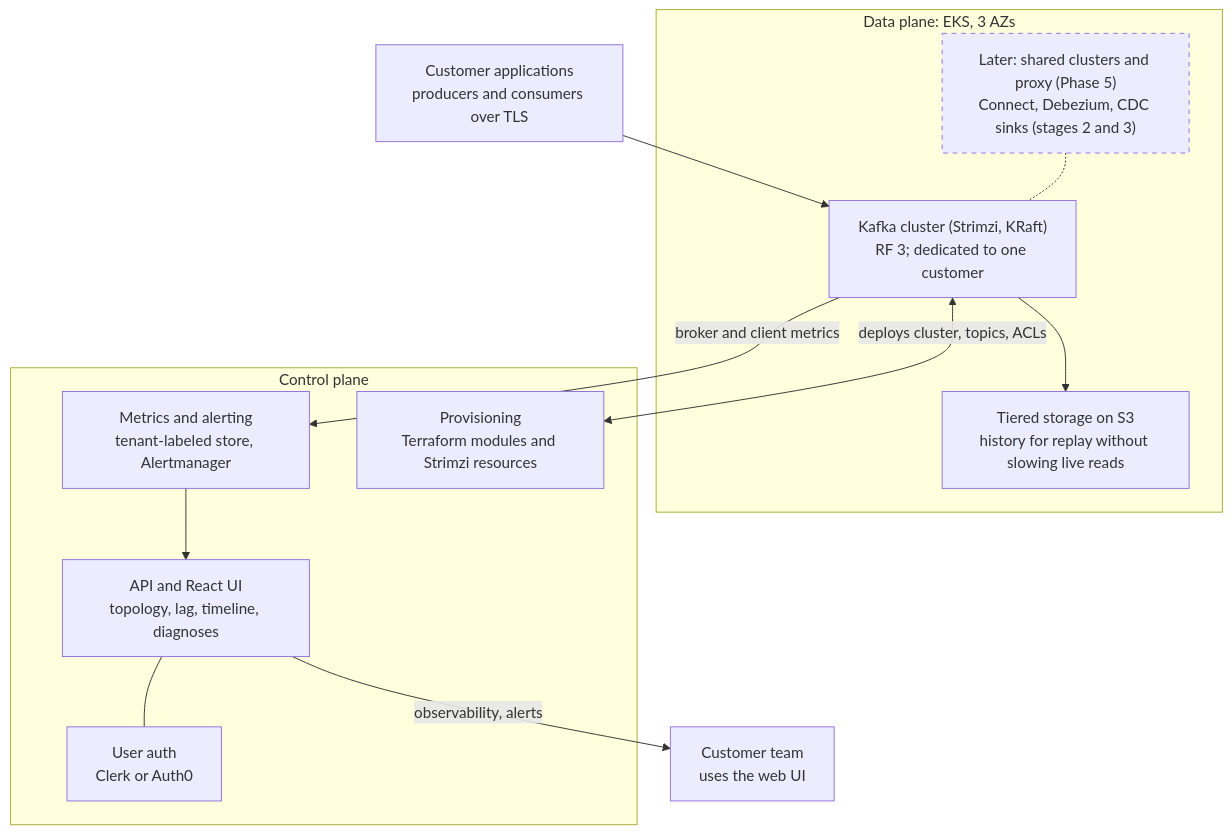
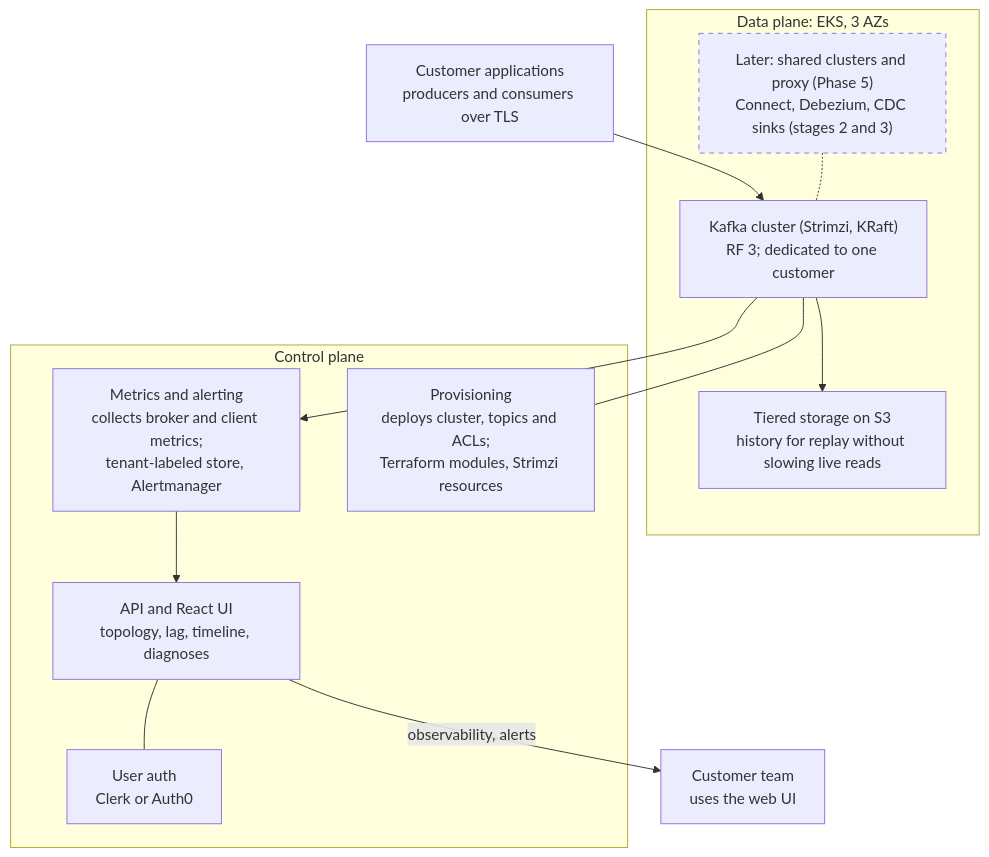
The first of 2 diagrams in docs/PROJECT_PLAN.md (ReneP92/changeport), drawn with Mermaid before and after one commit.

Commit message:
Remove overlapping edge labels from the architecture diagram

````diff
--- a/docs/PROJECT_PLAN.md
+++ b/docs/PROJECT_PLAN.md
@@ -37,30 +37,30 @@
 ```mermaid
 flowchart TB
   apps["Customer applications<br/>producers and consumers over TLS"]
 
   subgraph DP["Data plane: EKS, 3 AZs"]
     future["Later: shared clusters and proxy (Phase 5)<br/>Connect, Debezium, CDC sinks (stages 2 and 3)"]
     kafka["Kafka cluster (Strimzi, KRaft)<br/>RF 3; dedicated to one customer"]
     s3["Tiered storage on S3<br/>history for replay without slowing live reads"]
   end
 
   subgraph CP["Control plane"]
-    metrics["Metrics and alerting<br/>tenant-labeled store, Alertmanager"]
-    prov["Provisioning<br/>Terraform modules and Strimzi resources"]
+    metrics["Metrics and alerting<br/>collects broker and client metrics;<br/>tenant-labeled store, Alertmanager"]
+    prov["Provisioning<br/>deploys cluster, topics and ACLs;<br/>Terraform modules, Strimzi resources"]
     api["API and React UI<br/>topology, lag, timeline, diagnoses"]
     auth["User auth<br/>Clerk or Auth0"]
   end
 
   team["Customer team<br/>uses the web UI"]
 
   apps --> kafka
   future -.- kafka
   kafka --> s3
-  kafka -->|broker and client metrics| metrics
-  kafka <-->|deploys cluster, topics, ACLs| prov
+  kafka --> metrics
+  kafka --- prov
   metrics --> api
   api --- auth
   api -->|observability, alerts| team
 
   style future stroke-dasharray: 5 5
 ```
````
